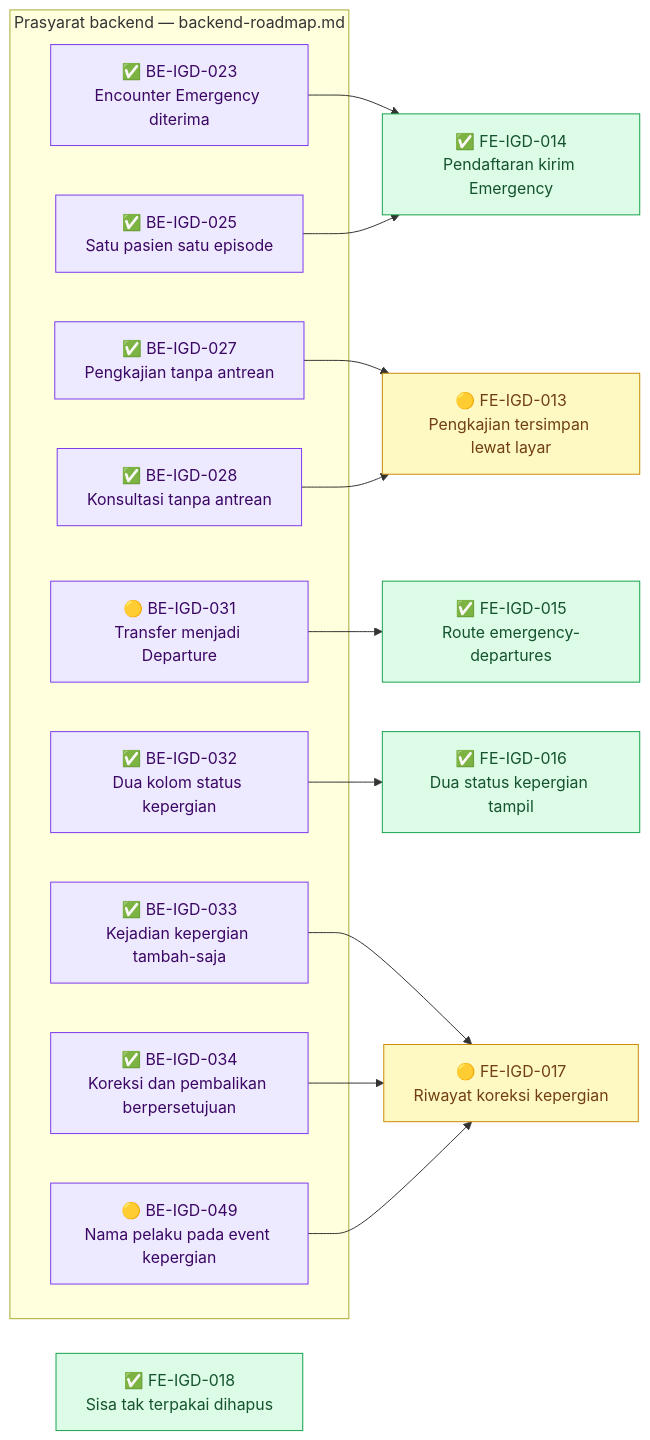
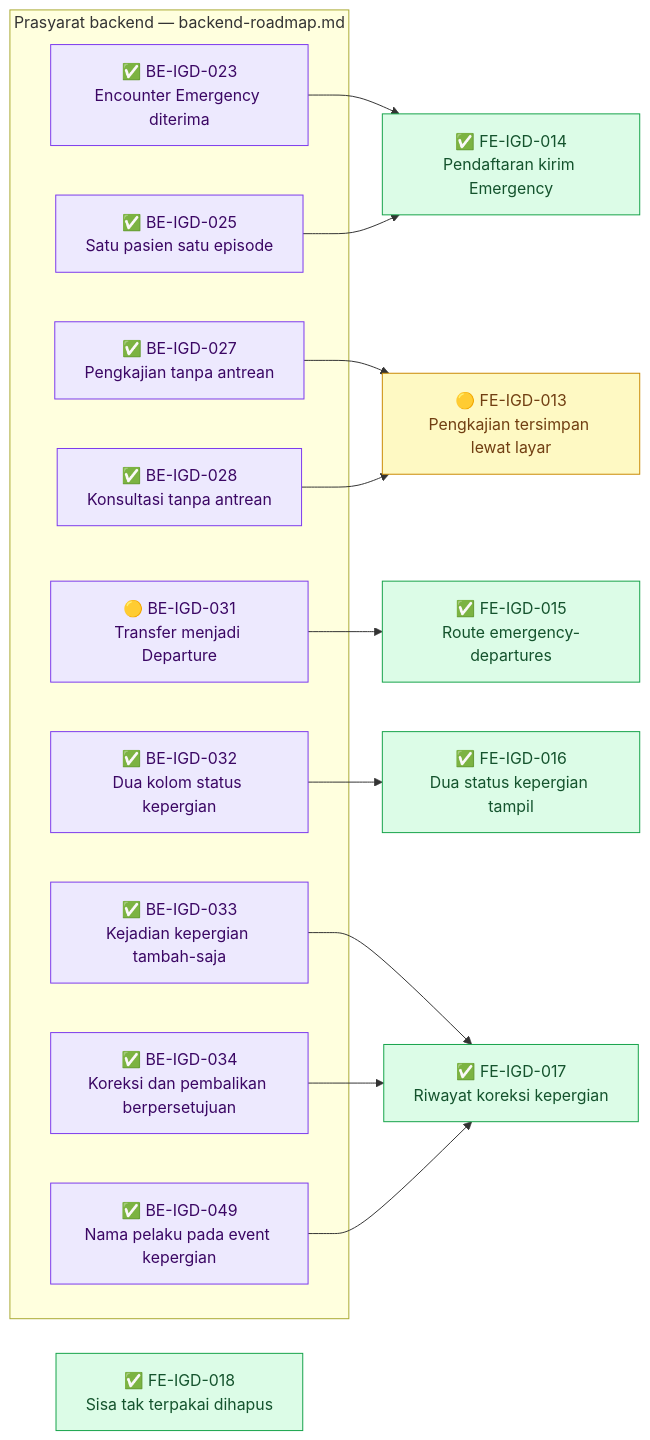
Before and after one commit to DevBenari/NewQuilvianSystemBackend: the third of 10 diagrams in docs/module-blueprints/igd/roadmap/frontend-roadmap.md, drawn with Mermaid. The commit also changed other lines of this file and 5 other files, not shown here.

````diff
--- a/docs/module-blueprints/igd/roadmap/frontend-roadmap.md
+++ b/docs/module-blueprints/igd/roadmap/frontend-roadmap.md
@@ -407,37 +407,37 @@
 ```mermaid
 flowchart LR
     classDef selesai fill:#DCFCE7,stroke:#16A34A,color:#14532D
     classDef sebagian fill:#FEF9C3,stroke:#CA8A04,color:#713F12
     classDef terblokir fill:#FEE2E2,stroke:#DC2626,color:#7F1D1D
     classDef belum fill:#F1F5F9,stroke:#64748B,color:#0F172A
     classDef luar fill:#EDE9FE,stroke:#7C3AED,color:#3B0764
 
     subgraph backend["Prasyarat backend — backend-roadmap.md"]
         BEIGD023["✅ BE-IGD-023<br/>Encounter Emergency diterima"]:::luar
         BEIGD025["✅ BE-IGD-025<br/>Satu pasien satu episode"]:::luar
         BEIGD027["✅ BE-IGD-027<br/>Pengkajian tanpa antrean"]:::luar
         BEIGD028["✅ BE-IGD-028<br/>Konsultasi tanpa antrean"]:::luar
         BEIGD031["🟡 BE-IGD-031<br/>Transfer menjadi Departure"]:::luar
         BEIGD032["✅ BE-IGD-032<br/>Dua kolom status kepergian"]:::luar
         BEIGD033["✅ BE-IGD-033<br/>Kejadian kepergian tambah-saja"]:::luar
         BEIGD034["✅ BE-IGD-034<br/>Koreksi dan pembalikan berpersetujuan"]:::luar
-        BEIGD049["🟡 BE-IGD-049<br/>Nama pelaku pada event kepergian"]:::luar
+        BEIGD049["✅ BE-IGD-049<br/>Nama pelaku pada event kepergian"]:::luar
     end
 
     FEIGD013["🟡 FE-IGD-013<br/>Pengkajian tersimpan lewat layar"]:::sebagian
     FEIGD014["✅ FE-IGD-014<br/>Pendaftaran kirim Emergency"]:::selesai
     FEIGD015["✅ FE-IGD-015<br/>Route emergency-departures"]:::selesai
     FEIGD016["✅ FE-IGD-016<br/>Dua status kepergian tampil"]:::selesai
-    FEIGD017["🟡 FE-IGD-017<br/>Riwayat koreksi kepergian"]:::sebagian
+    FEIGD017["✅ FE-IGD-017<br/>Riwayat koreksi kepergian"]:::selesai
     FEIGD018["✅ FE-IGD-018<br/>Sisa tak terpakai dihapus"]:::selesai
 
     BEIGD023 --> FEIGD014
     BEIGD025 --> FEIGD014
     BEIGD027 --> FEIGD013
     BEIGD028 --> FEIGD013
     BEIGD031 --> FEIGD015
     BEIGD032 --> FEIGD016
     BEIGD033 --> FEIGD017
     BEIGD034 --> FEIGD017
     BEIGD049 --> FEIGD017
 ```
````
